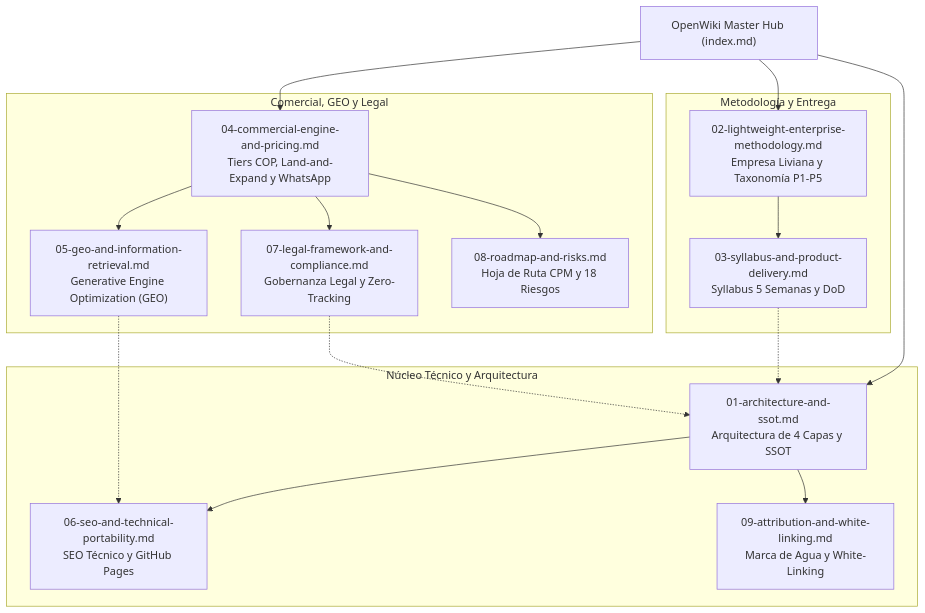
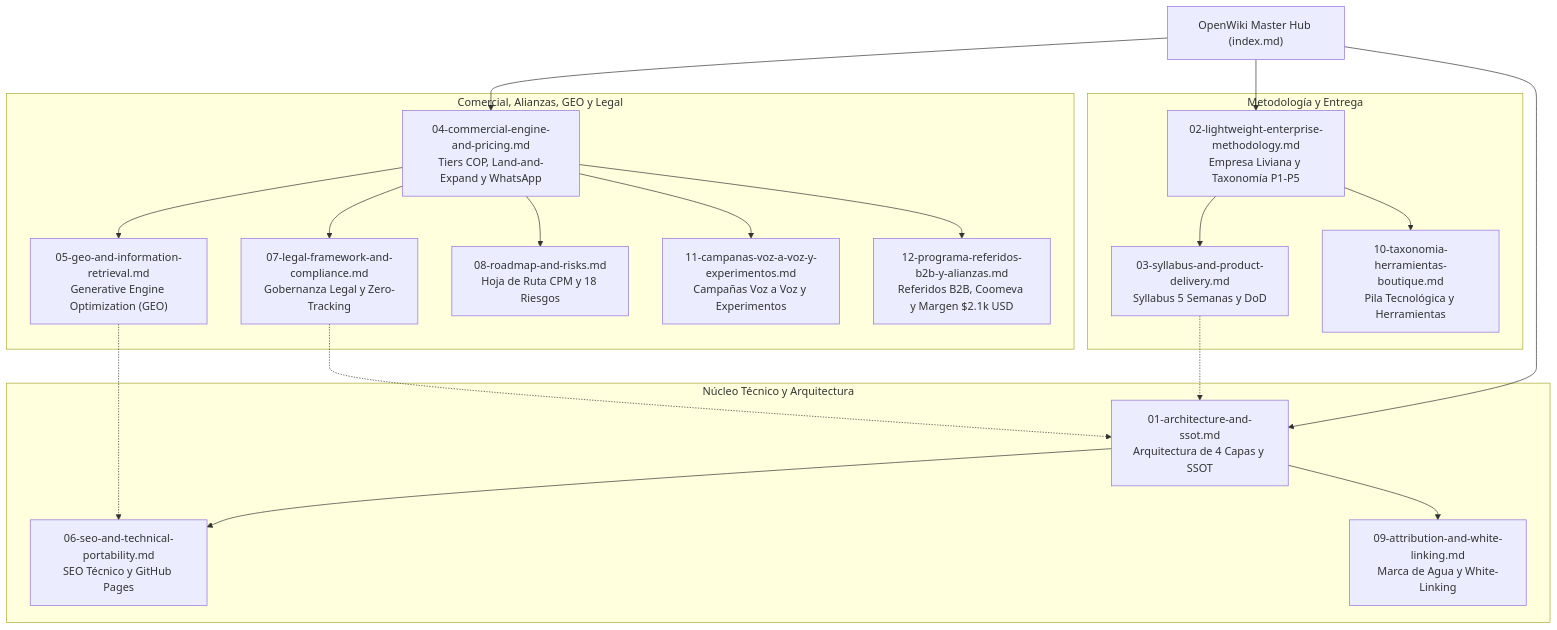
The diagram in openwiki/index.md (willkwolf/automatizar-con-ia-), drawn with Mermaid before and after one commit. The commit also changed other lines of this file and 2 other files, not shown here.

Commit message:
feat(growth): incorporar motor de campanas voz a voz y programa de referidos b2b en openwiki

````diff
--- a/openwiki/index.md
+++ b/openwiki/index.md
@@ -22,37 +22,43 @@
 ```mermaid
 graph TD
     HUB["OpenWiki Master Hub (index.md)"]
     
     subgraph Dominio_Tecnico["Núcleo Técnico y Arquitectura"]
         A1["01-architecture-and-ssot.md<br/>Arquitectura de 4 Capas y SSOT"]
         A2["06-seo-and-technical-portability.md<br/>SEO Técnico y GitHub Pages"]
         A3["09-attribution-and-white-linking.md<br/>Marca de Agua y White-Linking"]
     end
     
     subgraph Dominio_Metodologico["Metodología y Entrega"]
         M1["02-lightweight-enterprise-methodology.md<br/>Empresa Liviana y Taxonomía P1-P5"]
         M2["03-syllabus-and-product-delivery.md<br/>Syllabus 5 Semanas y DoD"]
+        M3["10-taxonomia-herramientas-boutique.md<br/>Pila Tecnológica y Herramientas"]
     end
     
-    subgraph Dominio_Comercial_GEO["Comercial, GEO y Legal"]
+    subgraph Dominio_Comercial_GEO["Comercial, Alianzas, GEO y Legal"]
         C1["04-commercial-engine-and-pricing.md<br/>Tiers COP, Land-and-Expand y WhatsApp"]
         C2["05-geo-and-information-retrieval.md<br/>Generative Engine Optimization (GEO)"]
         C3["07-legal-framework-and-compliance.md<br/>Gobernanza Legal y Zero-Tracking"]
         C4["08-roadmap-and-risks.md<br/>Hoja de Ruta CPM y 18 Riesgos"]
+        C5["11-campanas-voz-a-voz-y-experimentos.md<br/>Campañas Voz a Voz y Experimentos"]
+        C6["12-programa-referidos-b2b-y-alianzas.md<br/>Referidos B2B, Coomeva y Margen $2.1k USD"]
     end
     
     HUB --> A1
     HUB --> M1
     HUB --> C1
     
     A1 --> A2
     A1 --> A3
     M1 --> M2
+    M1 --> M3
     C1 --> C2
     C1 --> C3
     C1 --> C4
+    C1 --> C5
+    C1 --> C6
     
     M2 -.-> A1
     C2 -.-> A2
     C3 -.-> A1
 ```
````
